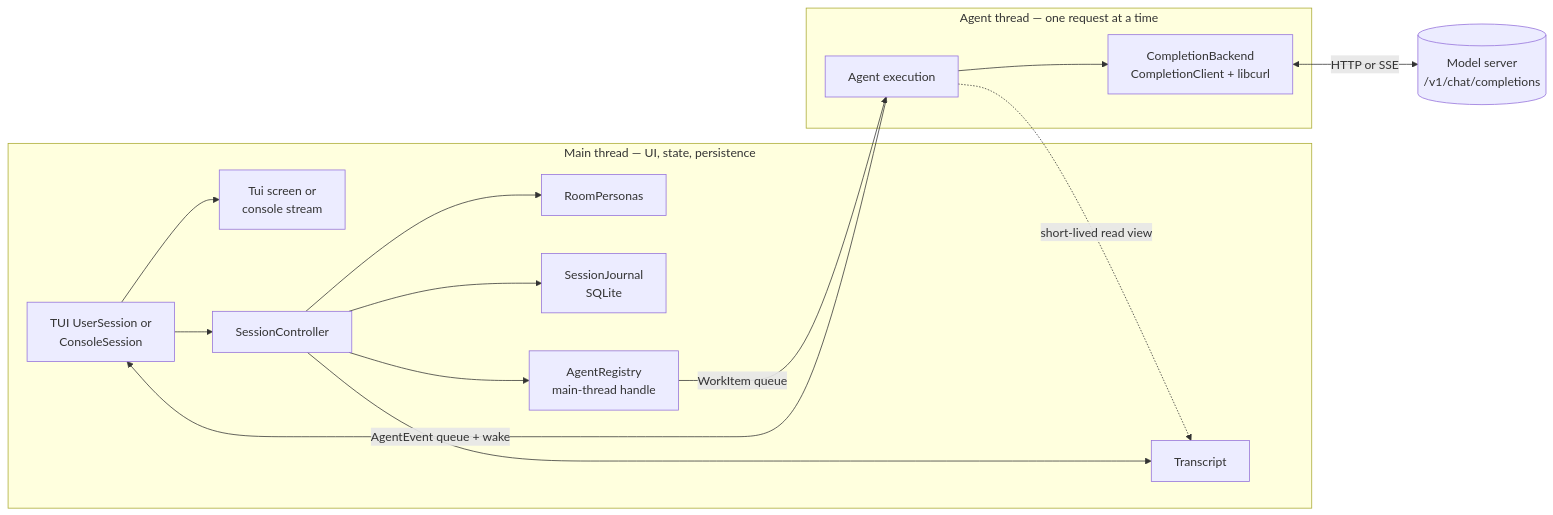
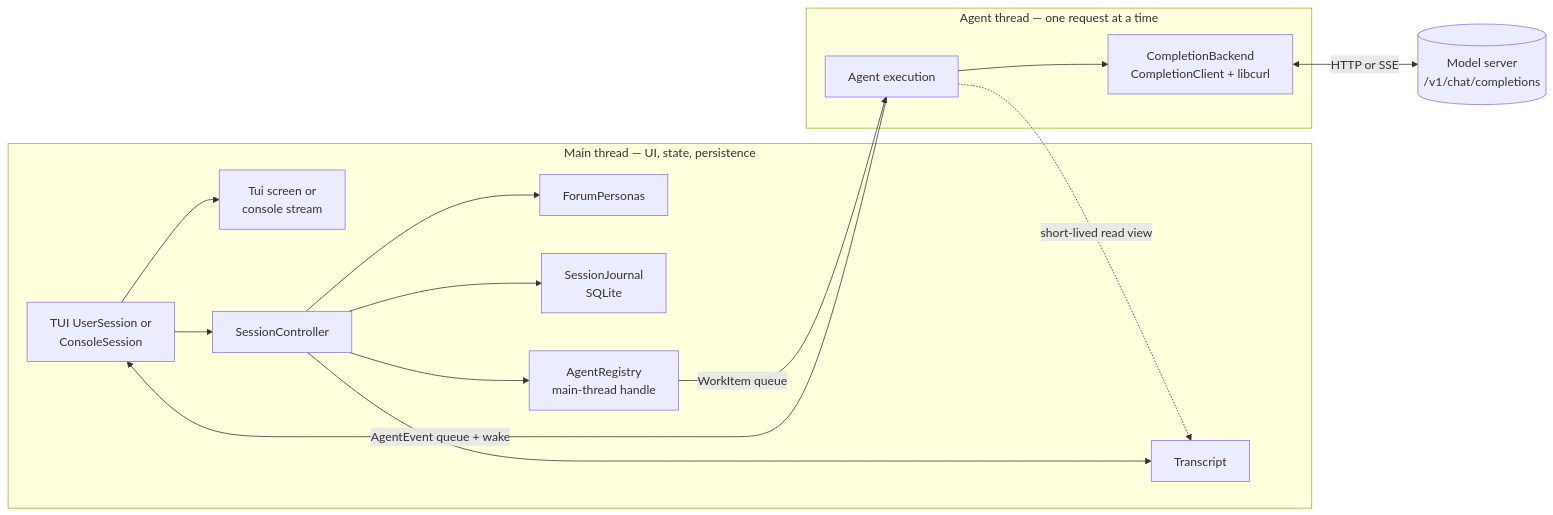
One commit to michaelpopov/cha changed the first of 4 diagrams in src/README.md. Above: the diagram before and after it, drawn with Mermaid. The commit also changed other lines of this file and 59 other files, not shown here.

Commit message:
Rename room to forum

````diff
--- a/src/README.md
+++ b/src/README.md
@@ -92,31 +92,31 @@
 ```mermaid
 flowchart LR
     subgraph mainthread["Main thread — UI, state, persistence"]
         frontend["TUI UserSession or<br/>ConsoleSession"]
         presentation["Tui screen or<br/>console stream"]
         controller["SessionController"]
         conv["Transcript"]
-        personas["RoomPersonas"]
+        personas["ForumPersonas"]
         journal["SessionJournal<br/>SQLite"]
         registry["AgentRegistry<br/>main-thread handle"]
     end
 
     subgraph agentthread["Agent thread — one request at a time"]
         execution["Agent execution"]
         backend["CompletionBackend<br/>CompletionClient + libcurl"]
     end
 
     provider[("Model server<br/>/v1/chat/completions")]
 
     frontend --> presentation
     frontend --> controller
     controller --> conv
     controller --> personas
     controller --> journal
     controller --> registry
     registry -->|"WorkItem queue"| execution
     execution --> backend
     backend <-->|"HTTP or SSE"| provider
     execution -->|"AgentEvent queue + wake"| frontend
     execution -.->|"short-lived read view"| conv
 ```
````
